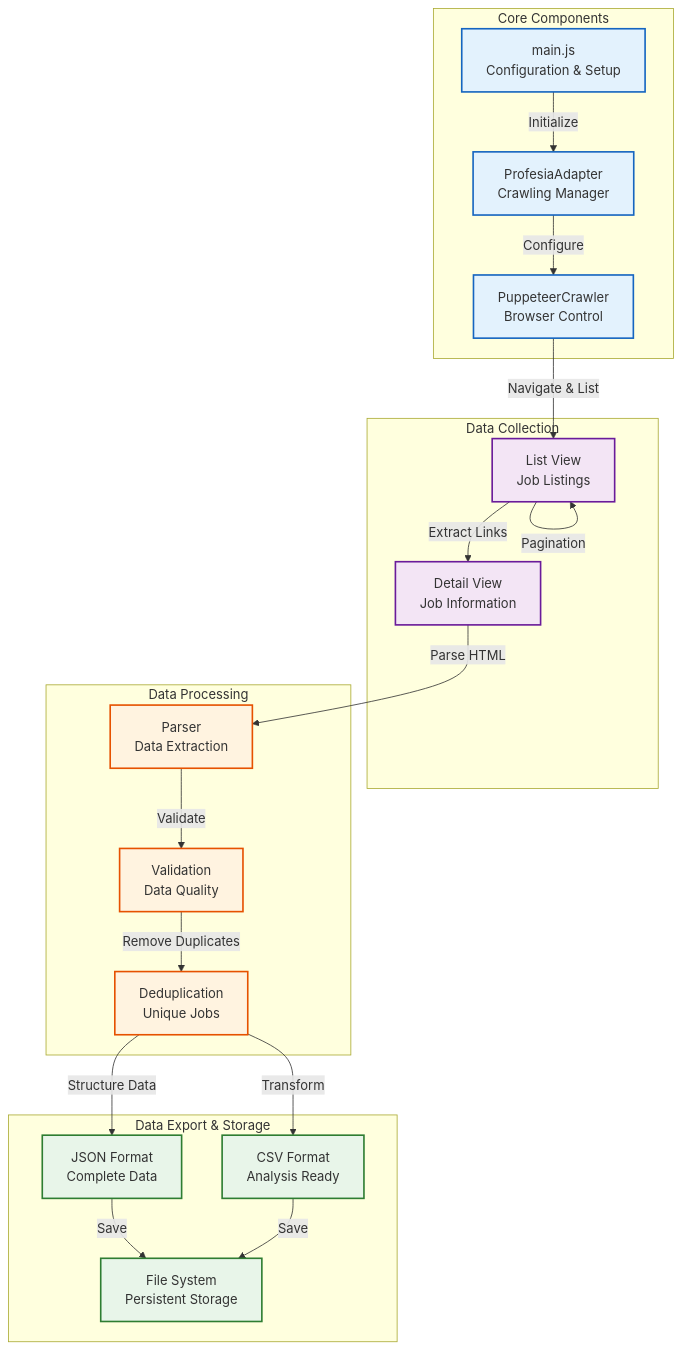
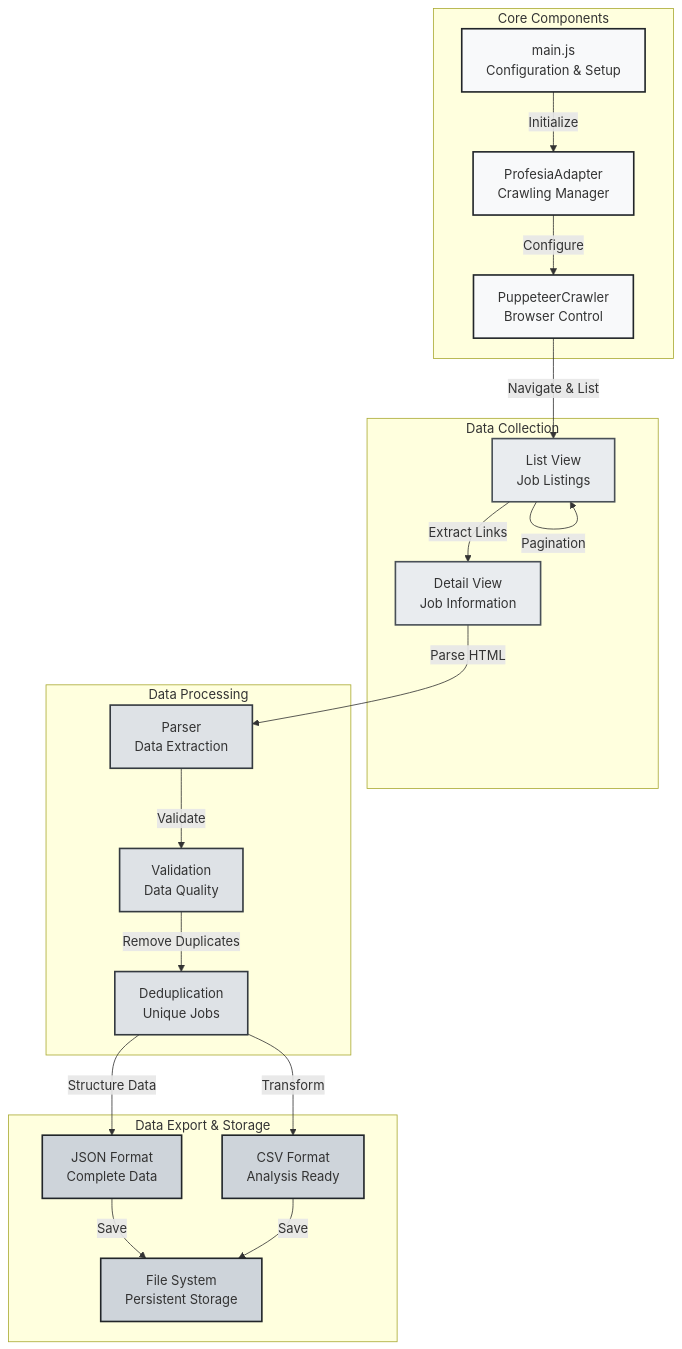
The first of 2 diagrams in README.md (ITSsafer-DevOps/job-scraper-itssafer), drawn with Mermaid before and after one commit. The commit also changed 2 other files, not shown here.

Commit message:
Update: Refined diagram colors to more professional grayscale palette

````diff
--- a/README.md
+++ b/README.md
@@ -36,35 +36,35 @@
 ```mermaid
 graph TD
     subgraph Core ["Core Components"]
         A[main.js<br/>Configuration & Setup] --> |Initialize| B[ProfesiaAdapter<br/>Crawling Manager]
         B --> |Configure| C[PuppeteerCrawler<br/>Browser Control]
     end
     
     subgraph Data ["Data Collection"]
         C --> |Navigate & List| D[List View<br/>Job Listings]
         D --> |Extract Links| E[Detail View<br/>Job Information]
         D --> |Pagination| D
     end
     
     subgraph Transform ["Data Processing"]
         E --> |Parse HTML| F[Parser<br/>Data Extraction]
         F --> |Validate| G[Validation<br/>Data Quality]
         G --> |Remove Duplicates| H[Deduplication<br/>Unique Jobs]
     end
     
     subgraph Storage ["Data Export & Storage"]
         H --> |Structure Data| I[JSON Format<br/>Complete Data]
         H --> |Transform| J[CSV Format<br/>Analysis Ready]
         I & J --> |Save| K[File System<br/>Persistent Storage]
     end
     
-    classDef core fill:#e3f2fd,stroke:#1565c0,stroke-width:2px
-    classDef data fill:#f3e5f5,stroke:#6a1b9a,stroke-width:2px
-    classDef transform fill:#fff3e0,stroke:#e65100,stroke-width:2px
-    classDef storage fill:#e8f5e9,stroke:#2e7d32,stroke-width:2px
+    classDef core fill:#f8f9fa,stroke:#212529,stroke-width:2px
+    classDef data fill:#e9ecef,stroke:#495057,stroke-width:2px
+    classDef transform fill:#dee2e6,stroke:#343a40,stroke-width:2px
+    classDef storage fill:#ced4da,stroke:#212529,stroke-width:2px
     
     class A,B,C core
     class D,E data
     class F,G,H transform
     class I,J,K storage
 ```
````
